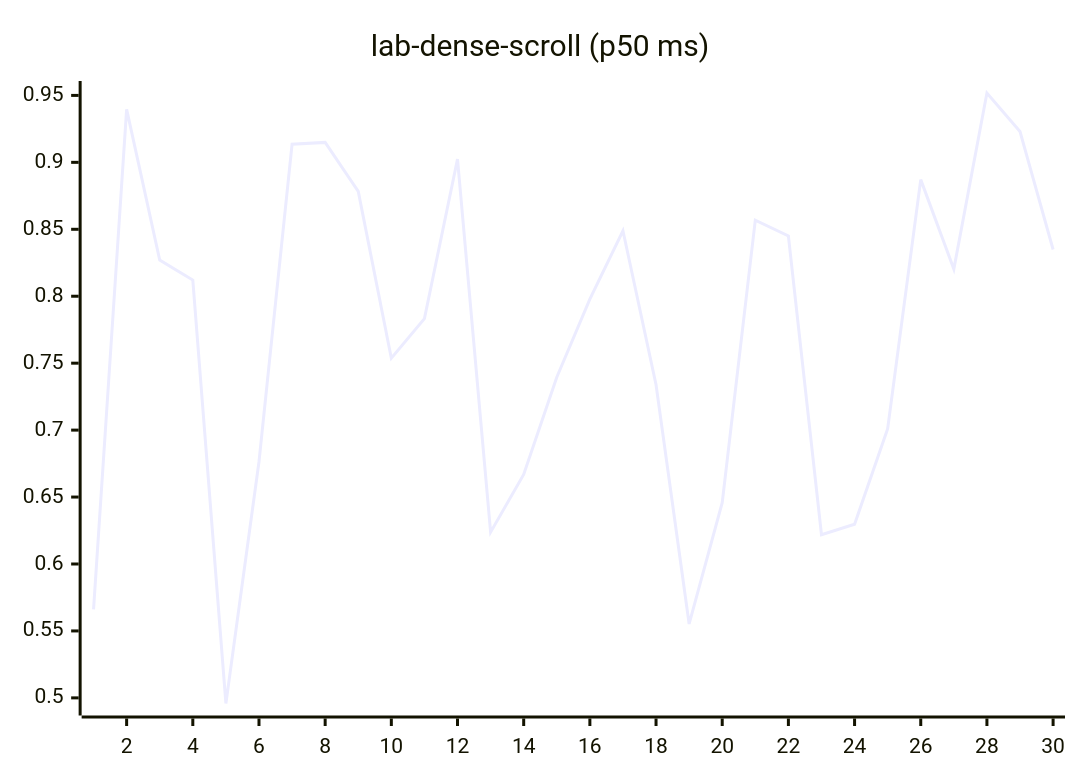
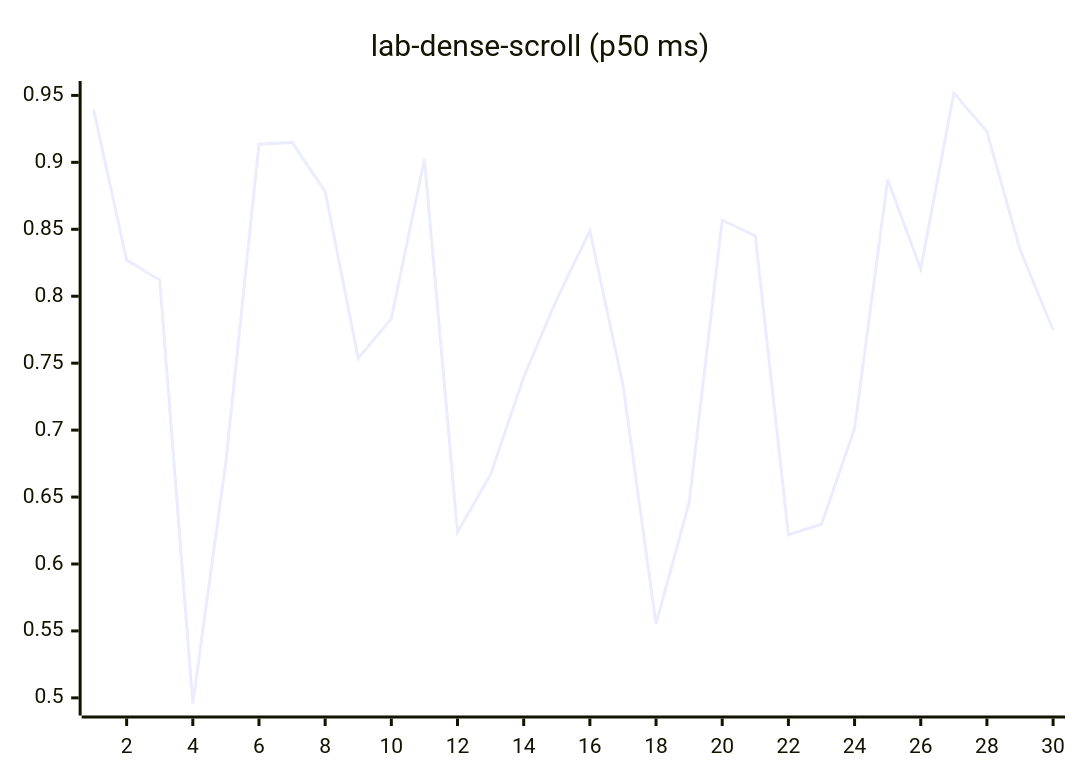
Diagram 12 of 27 in README.md (josha/Facet), drawn with Mermaid before and after one commit. The commit also changed other lines of this file and 2 other files, not shown here.

````diff
--- a/README.md
+++ b/README.md
@@ -140,6 +140,6 @@
 ```mermaid
 xychart-beta
     title "lab-dense-scroll (p50 ms)"
     x-axis 1 --> 30
-    line [0.5661, 0.9396, 0.8271, 0.8121, 0.4958, 0.6764, 0.9135, 0.9149, 0.8783, 0.7537, 0.7833, 0.9024, 0.6238, 0.6669, 0.7395, 0.7979, 0.8489, 0.7339, 0.5552, 0.6458, 0.8568, 0.8450, 0.6219, 0.6297, 0.7010, 0.8871, 0.8203, 0.9518, 0.9230, 0.8349]
+    line [0.9396, 0.8271, 0.8121, 0.4958, 0.6764, 0.9135, 0.9149, 0.8783, 0.7537, 0.7833, 0.9024, 0.6238, 0.6669, 0.7395, 0.7979, 0.8489, 0.7339, 0.5552, 0.6458, 0.8568, 0.8450, 0.6219, 0.6297, 0.7010, 0.8871, 0.8203, 0.9518, 0.9230, 0.8349, 0.7748]
 ```
````
